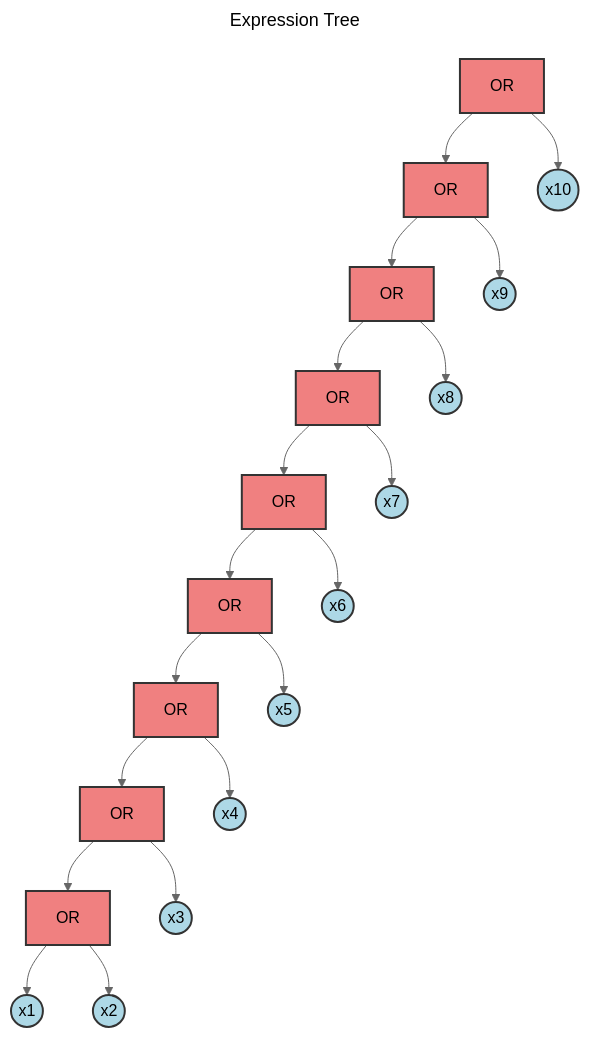
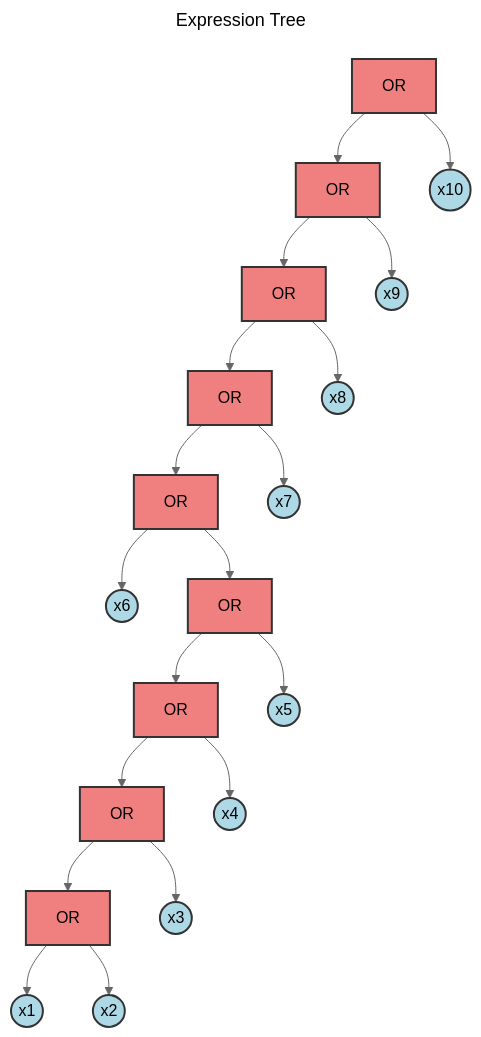
One commit to Alan-Jowett/bdd_test changed the first of 2 diagrams in test_expressions/reference_output/many_variables_analysis.md. Above: the diagram before and after it, drawn with Mermaid (neutral theme). The commit also changed other lines of this file and 150 other files, not shown here.

First line of the commit message:
More dag graph cleanup (#65)

````diff
--- a/test_expressions/reference_output/many_variables_analysis.md
+++ b/test_expressions/reference_output/many_variables_analysis.md
@@ -13,70 +13,70 @@
 ```mermaid
 ---
 title: Expression Tree
 ---
 flowchart TD
     N1(("x1"))
-    N2(("x2"))
-    N3["OR"]
-    N4(("x3"))
-    N5["OR"]
-    N6(("x4"))
-    N7["OR"]
-    N8(("x5"))
-    N9["OR"]
     N10(("x6"))
     N11["OR"]
     N12(("x7"))
     N13["OR"]
     N14(("x8"))
     N15["OR"]
     N16(("x9"))
     N17["OR"]
     N18(("x10"))
     N19["OR"]
+    N2(("x2"))
+    N3["OR"]
+    N4(("x3"))
+    N5["OR"]
+    N6(("x4"))
+    N7["OR"]
+    N8(("x5"))
+    N9["OR"]
 
+    N11 --> N10
+    N11 --> N9
+    N13 --> N11
+    N13 --> N12
+    N15 --> N13
+    N15 --> N14
+    N17 --> N15
+    N17 --> N16
+    N19 --> N17
+    N19 --> N18
     N3 --> N1
     N3 --> N2
     N5 --> N3
     N5 --> N4
     N7 --> N5
     N7 --> N6
     N9 --> N7
     N9 --> N8
-    N11 --> N9
-    N11 --> N10
-    N13 --> N11
-    N13 --> N12
-    N15 --> N13
-    N15 --> N14
-    N17 --> N15
-    N17 --> N16
-    N19 --> N17
-    N19 --> N18
 
     class N1 variable
     class N2 variable
     class N3 orOp
     class N4 variable
     class N5 orOp
     class N6 variable
     class N7 orOp
     class N8 variable
     class N9 orOp
     class N10 variable
     class N11 orOp
     class N12 variable
     class N13 orOp
     class N14 variable
     class N15 orOp
     class N16 variable
     class N17 orOp
     class N18 variable
     class N19 orOp
 
     classDef variable fill:lightblue,stroke:#333,stroke-width:2px,color:#000
     classDef andOp fill:lightgreen,stroke:#333,stroke-width:2px,color:#000
     classDef orOp fill:lightcoral,stroke:#333,stroke-width:2px,color:#000
     classDef notOp fill:yellow,stroke:#333,stroke-width:2px,color:#000
     classDef xorOp fill:lightpink,stroke:#333,stroke-width:2px,color:#000
 ```
````
